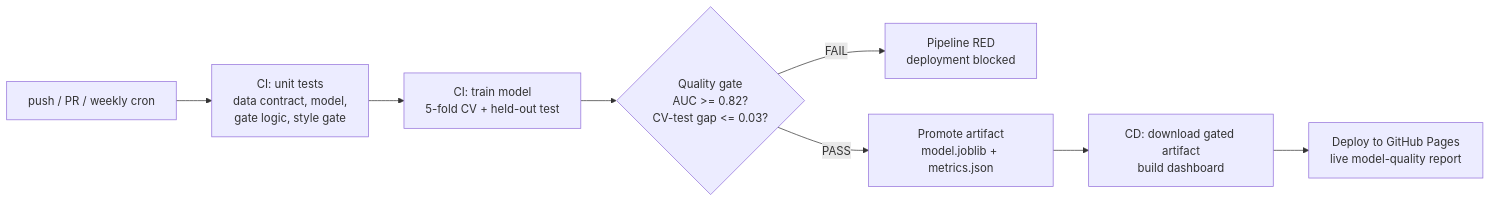
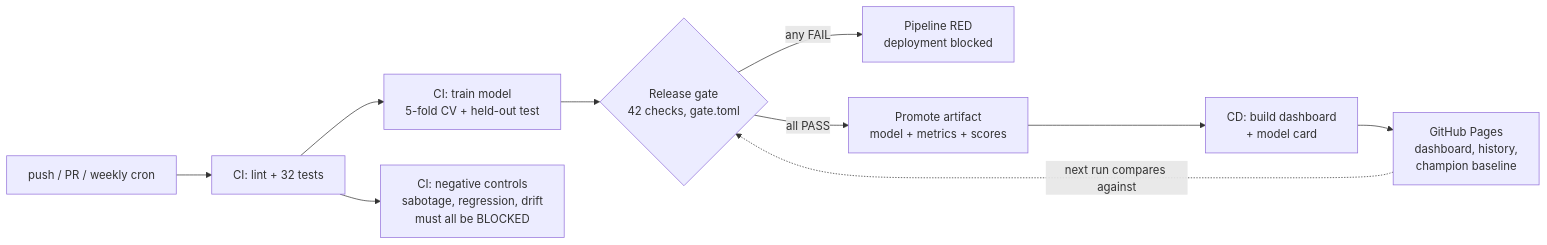
One commit to PSPMANI/evalgate changed the diagram in README.md. Above: the diagram before and after it, drawn with Mermaid. The commit also changed other lines of this file and 16 other files, not shown here.

First line of the commit message:
EvalGate v2: 42-check release gate with champion, slices, calibration and drift

````diff
--- a/README.md
+++ b/README.md
@@ -17,10 +18,12 @@
 ```mermaid
 flowchart LR
-    A[push / PR / weekly cron] --> B[CI: unit tests<br>data contract, model,<br>gate logic, style gate]
+    A[push / PR / weekly cron] --> B[CI: lint + 32 tests]
     B --> C[CI: train model<br>5-fold CV + held-out test]
-    C --> D{Quality gate<br>AUC >= 0.82?<br>CV-test gap <= 0.03?}
-    D -- FAIL --> E[Pipeline RED<br>deployment blocked]
-    D -- PASS --> F[Promote artifact<br>model.joblib + metrics.json]
-    F --> G[CD: download gated artifact<br>build dashboard]
-    G --> H[Deploy to GitHub Pages<br>live model-quality report]
+    C --> D{Release gate<br>42 checks, gate.toml}
+    D -- any FAIL --> E[Pipeline RED<br>deployment blocked]
+    D -- all PASS --> F[Promote artifact<br>model + metrics + scores]
+    F --> G[CD: build dashboard<br>+ model card]
+    G --> H[GitHub Pages<br>dashboard, history,<br>champion baseline]
+    H -. next run compares against .-> D
+    B --> N[CI: negative controls<br>sabotage, regression, drift<br>must all be BLOCKED]
 ```
````
